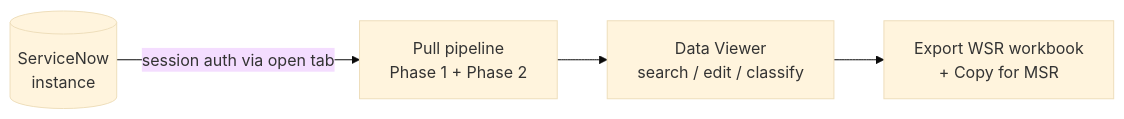
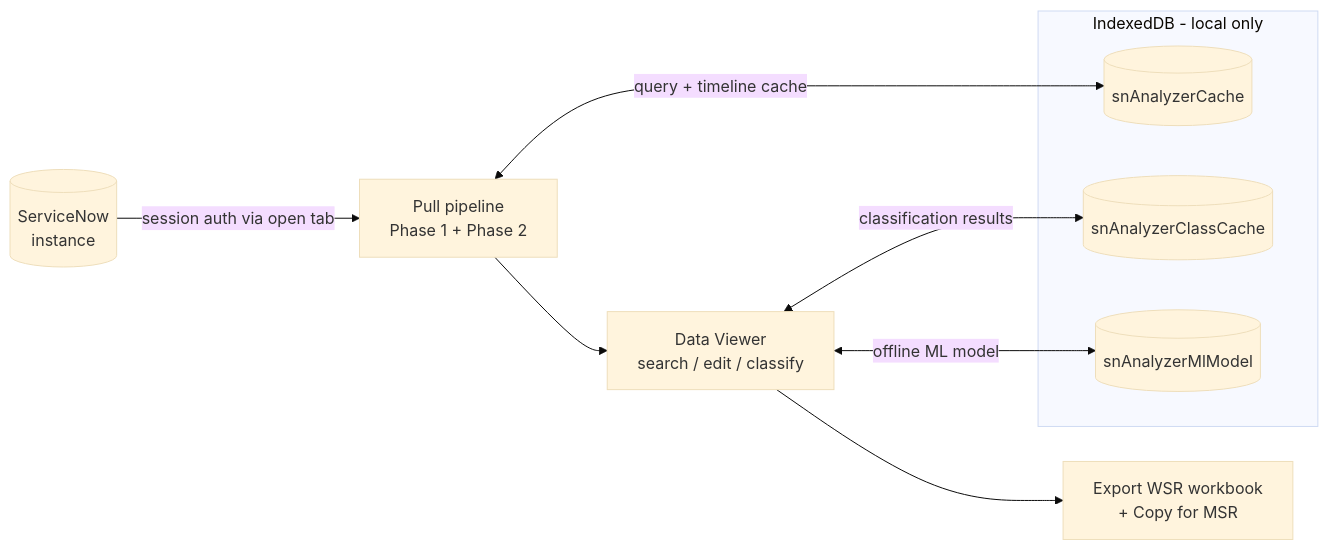
The diagram in wiki/Home.md (Abbas-Nagoor-Kani-BA/Autonomous-Reports-Engine), drawn with Mermaid (base theme) before and after one commit. The commit also changed other lines of this file, not shown here.

Commit message:
docs(wiki): show the three cache DBs in the Home overview diagram
Add an IndexedDB layer (snAnalyzerCache, snAnalyzerClassCache,
snAnalyzerMlModel) to the 'What it does' Mermaid flowchart, with a short
caption linking to the Caching page.

````diff
--- a/wiki/Home.md
+++ b/wiki/Home.md
@@ -17,6 +17,16 @@
 ```mermaid
 flowchart LR
     SN[(ServiceNow<br/>instance)] -->|session auth via open tab| PULL[Pull pipeline<br/>Phase 1 + Phase 2]
     PULL --> VIEW[Data Viewer<br/>search / edit / classify]
     VIEW --> EXPORT[Export WSR workbook<br/>+ Copy for MSR]
+
+    PULL <-->|query + timeline cache| DB1[(snAnalyzerCache)]
+    VIEW <-->|classification results| DB2[(snAnalyzerClassCache)]
+    VIEW <-->|offline ML model| DB3[(snAnalyzerMlModel)]
+
+    subgraph IDB[IndexedDB - local only]
+        DB1
+        DB2
+        DB3
+    end
 ```
````
